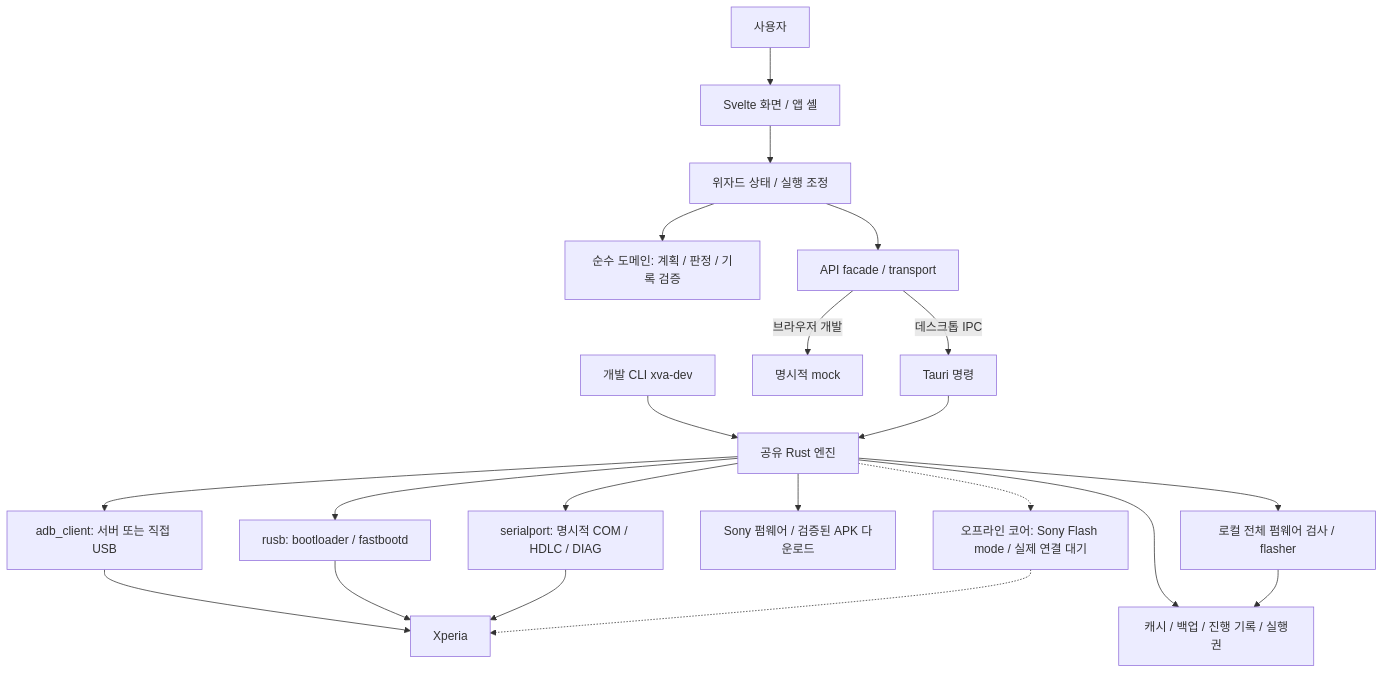
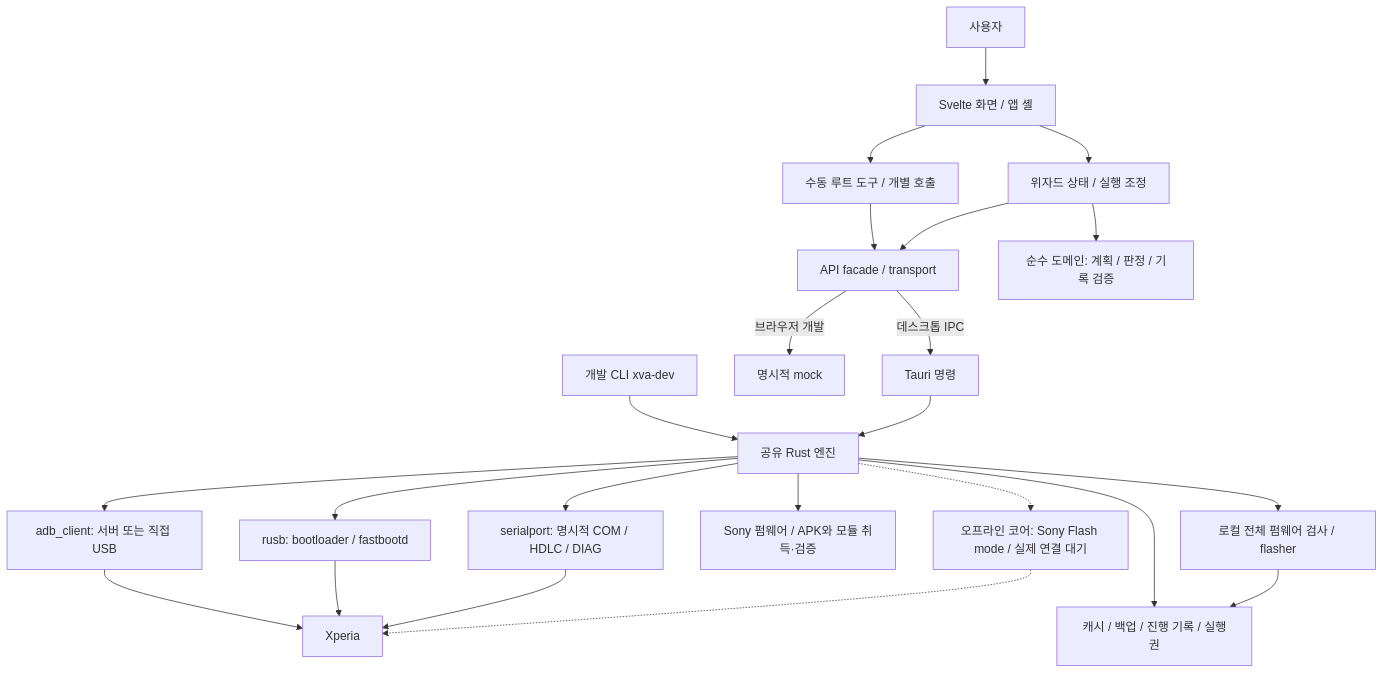
One commit to korjwl1/xperia-volte-activator changed the diagram in docs/structure/overview.md. Above: the diagram before and after it, drawn with Mermaid. The commit also changed other lines of this file and 44 other files, not shown here.

Commit message:
feat(root): add manual engine switching and bundled module tools

````diff
--- a/docs/structure/overview.md
+++ b/docs/structure/overview.md
@@ -7,23 +7,25 @@
 ```mermaid
 flowchart TB
   User[사용자] --> Views[Svelte 화면 / 앱 셸]
   Views --> Wizard[위자드 상태 / 실행 조정]
+  Views --> Manual[수동 루트 도구 / 개별 호출]
+  Manual --> Facade
   Wizard --> Domain[순수 도메인: 계획 / 판정 / 기록 검증]
   Wizard --> Facade[API facade / transport]
   Facade -->|데스크톱 IPC| Commands[Tauri 명령]
   Facade -->|브라우저 개발| Mock[명시적 mock]
   CLI[개발 CLI xva-dev] --> Engine[공유 Rust 엔진]
   Commands --> Engine
   Engine --> ADB[adb_client: 서버 또는 직접 USB]
   Engine --> FB[rusb: bootloader / fastbootd]
   Engine --> DIAG[serialport: 명시적 COM / HDLC / DIAG]
   Engine --> PC[캐시 / 백업 / 진행 기록 / 실행권]
   ADB --> Phone[Xperia]
   FB --> Phone
   DIAG --> Phone
-  Engine --> Download[Sony 펌웨어 / 검증된 APK 다운로드]
+  Engine --> Download[Sony 펌웨어 / APK와 모듈 취득·검증]
   Engine --> Inspect[로컬 전체 펌웨어 검사 / flasher]
   Inspect --> PC
   Engine -.-> Flasher[오프라인 코어: Sony Flash mode / 실제 연결 대기]
   Flasher -.-> Phone
 ```
````
